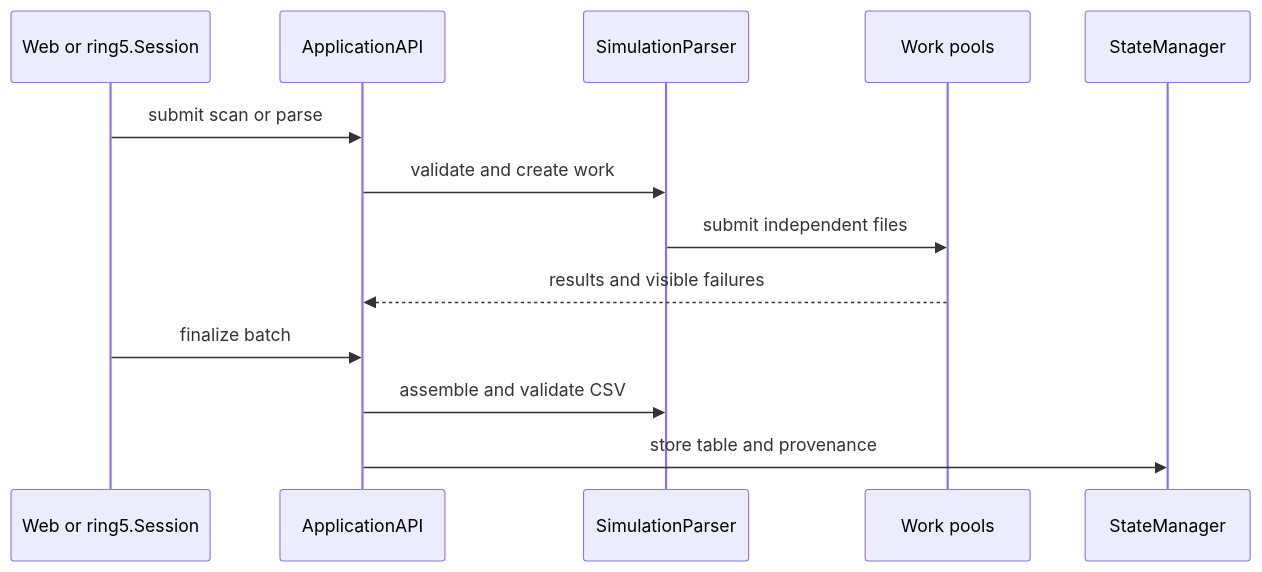
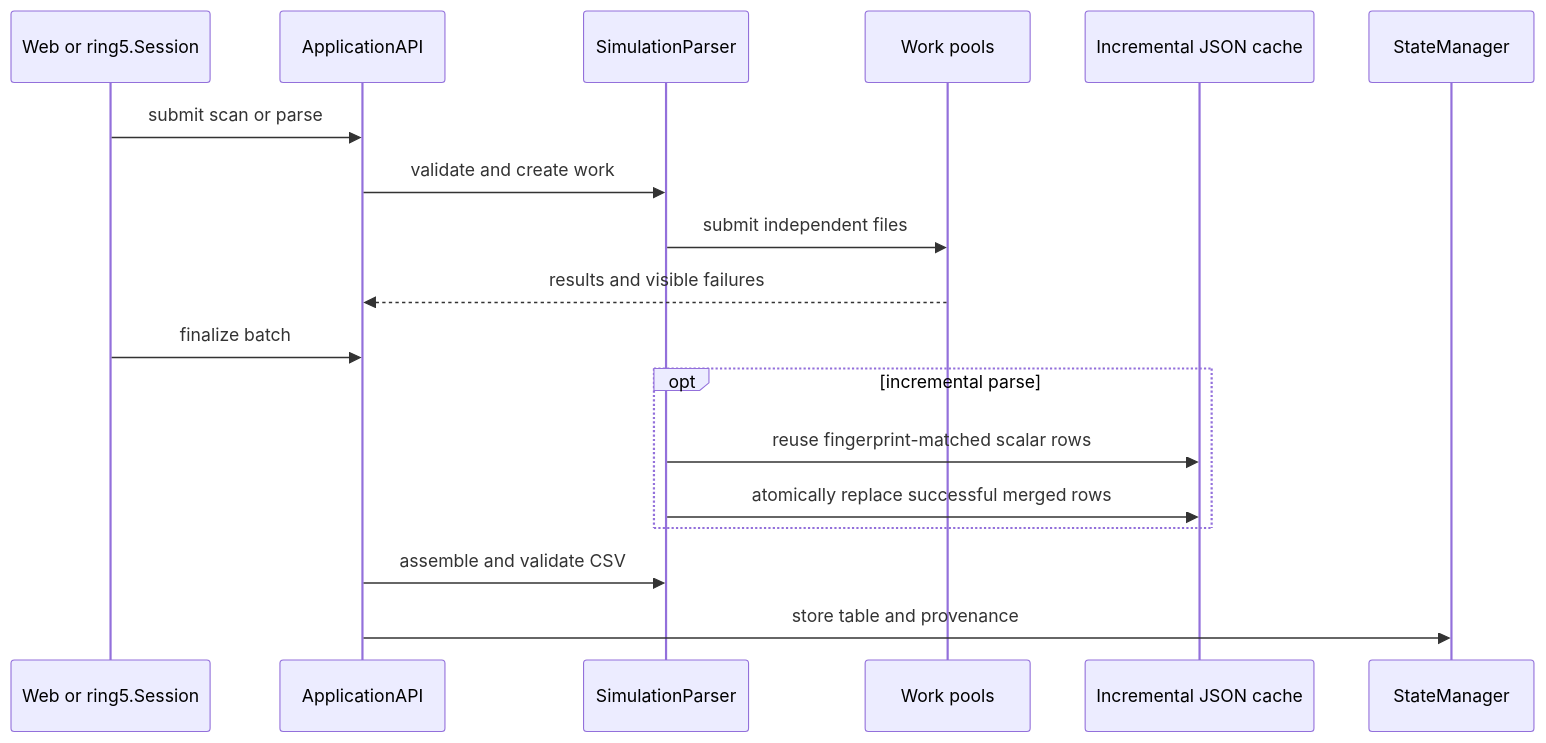
The first of 2 diagrams in docs/developer-guide/architecture/data-flow.md (nikiitin/RING-5), drawn with Mermaid before and after one commit. The commit also changed other lines of this file and 26 other files, not shown here.

````diff
--- a/docs/developer-guide/architecture/data-flow.md
+++ b/docs/developer-guide/architecture/data-flow.md
@@ -29,15 +29,20 @@
 ```mermaid
 sequenceDiagram
     participant UI as Web or ring5.Session
     participant API as ApplicationAPI
     participant Parser as SimulationParser
     participant Pool as Work pools
+    participant Cache as Incremental JSON cache
     participant State as StateManager
     UI->>API: submit scan or parse
     API->>Parser: validate and create work
     Parser->>Pool: submit independent files
     Pool-->>API: results and visible failures
     UI->>API: finalize batch
+    opt incremental parse
+        Parser->>Cache: reuse fingerprint-matched scalar rows
+        Parser->>Cache: atomically replace successful merged rows
+    end
     API->>Parser: assemble and validate CSV
     API->>State: store table and provenance
 ```
````
